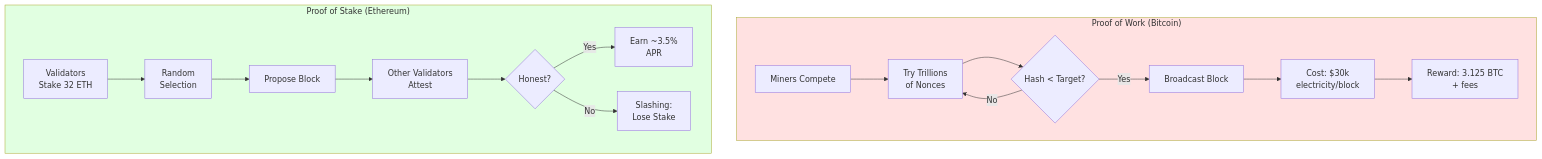
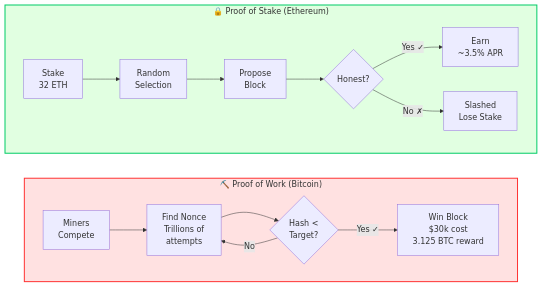
The fourth of 7 diagrams in Chapter2.md (MaxGnesi/Blockchain-101), drawn with Mermaid before and after one commit. The commit also changed other lines of this file, not shown here.

````diff
--- a/Chapter2.md
+++ b/Chapter2.md
@@ -363,23 +364,22 @@
 ```mermaid
-graph TB
-    subgraph PoW["Proof of Work (Bitcoin)"]
-        M1[Miners Compete] --> M2[Try Trillions<br/>of Nonces]
-        M2 --> M3{Hash < Target?}
-        M3 -->|No| M2
-        M3 -->|Yes| M4[Broadcast Block]
-        M4 --> M5[Cost: $30k<br/>electricity/block]
-        M5 --> M6[Reward: 3.125 BTC<br/>+ fees]
+graph LR
+    subgraph PoW["⛏️ Proof of Work (Bitcoin)"]
+        direction LR
+        W1["Miners<br/>Compete"] --> W2["Find Nonce<br/>Trillions of<br/>attempts"]
+        W2 --> W3{"Hash <<br/>Target?"}
+        W3 -->|No| W2
+        W3 -->|Yes ✓| W4["Win Block<br/>$30k cost<br/>3.125 BTC reward"]
     end
     
-    subgraph PoS["Proof of Stake (Ethereum)"]
-        V1[Validators<br/>Stake 32 ETH] --> V2[Random<br/>Selection]
-        V2 --> V3[Propose Block]
-        V3 --> V4[Other Validators<br/>Attest]
-        V4 --> V5{Honest?}
-        V5 -->|Yes| V6[Earn ~3.5%<br/>APR]
-        V5 -->|No| V7[Slashing:<br/>Lose Stake]
+    subgraph PoS["🔒 Proof of Stake (Ethereum)"]
+        direction LR
+        S1["Stake<br/>32 ETH"] --> S2["Random<br/>Selection"]
+        S2 --> S3["Propose<br/>Block"]
+        S3 --> S4{"Honest?"}
+        S4 -->|Yes ✓| S5["Earn<br/>~3.5% APR"]
+        S4 -->|No ✗| S6["Slashed<br/>Lose Stake"]
     end
     
-    style PoW fill:#ffe1e1
-    style PoS fill:#e1ffe1
+    style PoW fill:#ffe1e1,stroke:#ff3333,stroke-width:2px
+    style PoS fill:#e1ffe1,stroke:#00cc66,stroke-width:2px
 ```
````
